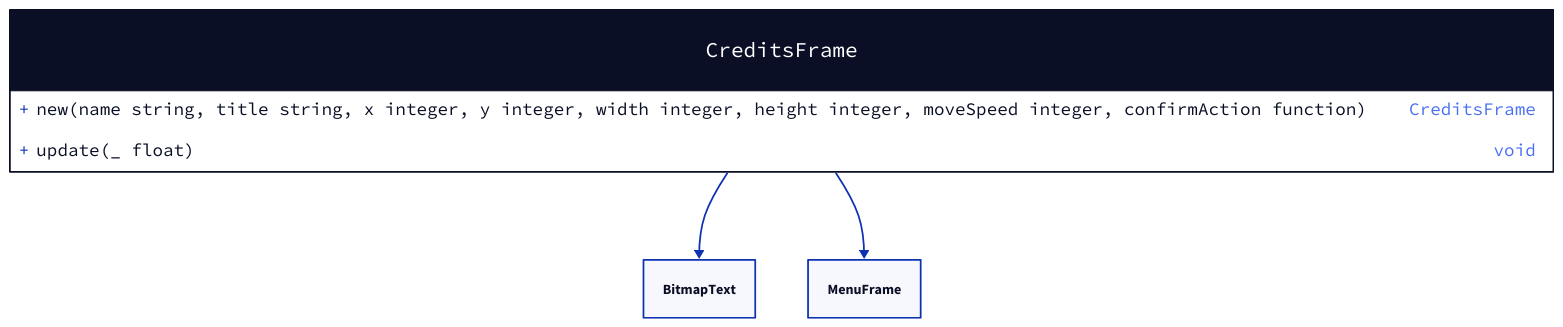
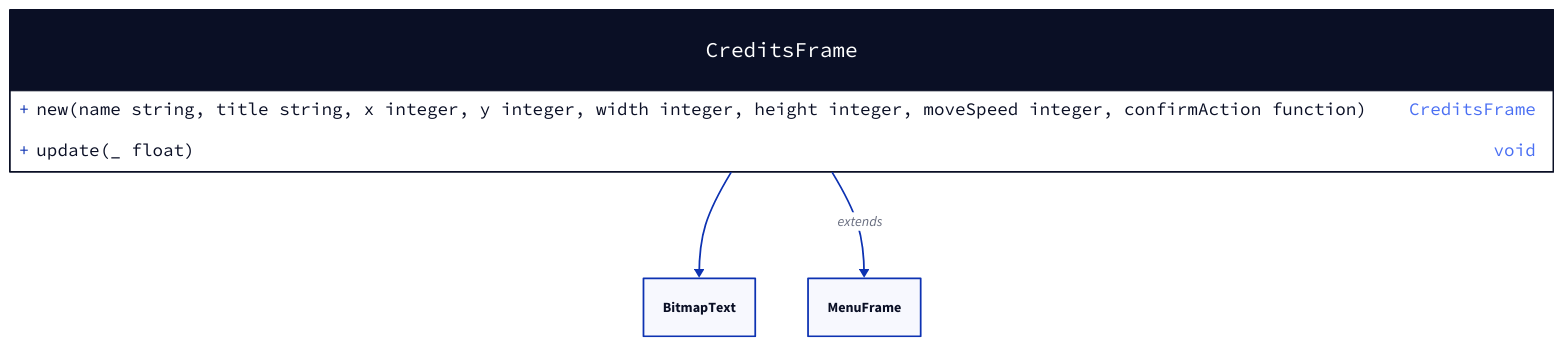
The diagram in docs/credits-frame.d2 (valcriss/gamingcampus-m1-lua-battletank), drawn with D2 before and after one commit. The commit also changed 64 other files, not shown here.

```diff
--- a/docs/credits-frame.d2
+++ b/docs/credits-frame.d2
@@ -1,9 +1,9 @@
 CreditsFrame: {
   shape: class
 
   +new(name string, title string, x integer, y integer, width integer, height integer, moveSpeed integer, confirmAction function): CreditsFrame
 
   +update(_ float): void
 }
 CreditsFrame -> BitmapText
-CreditsFrame -> MenuFrame
+CreditsFrame -> MenuFrame: extends
```
